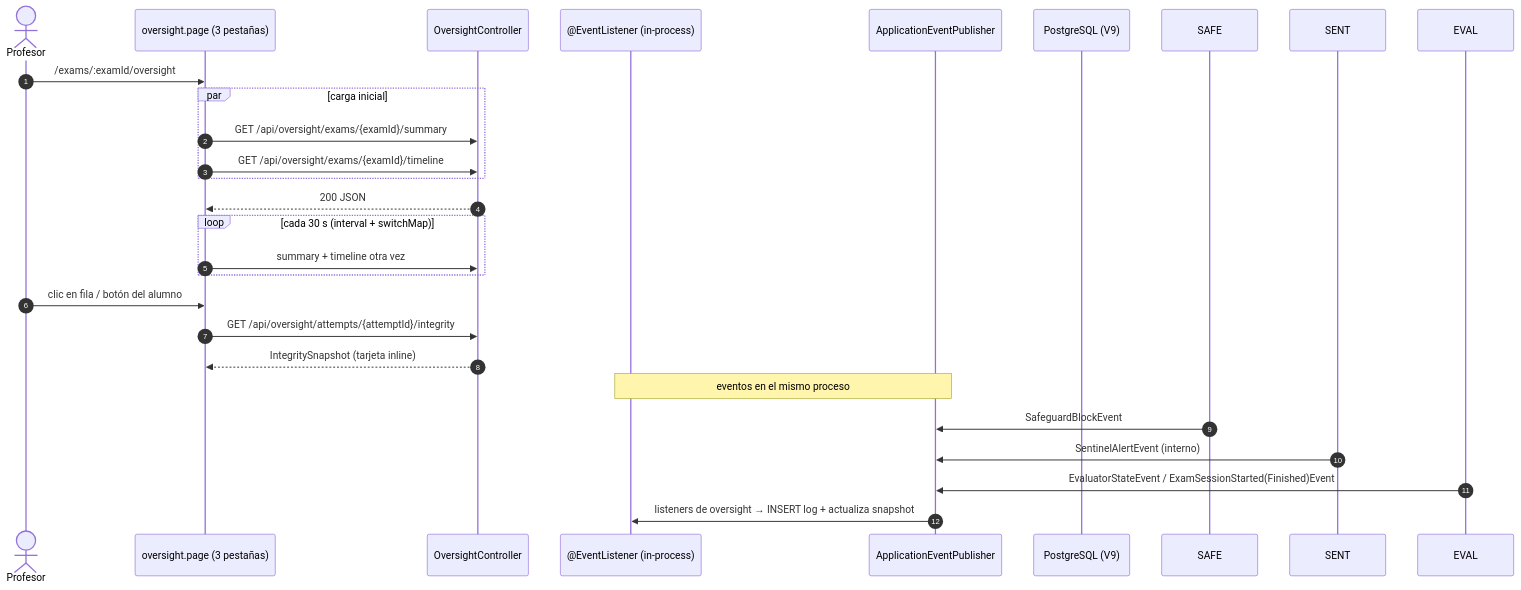
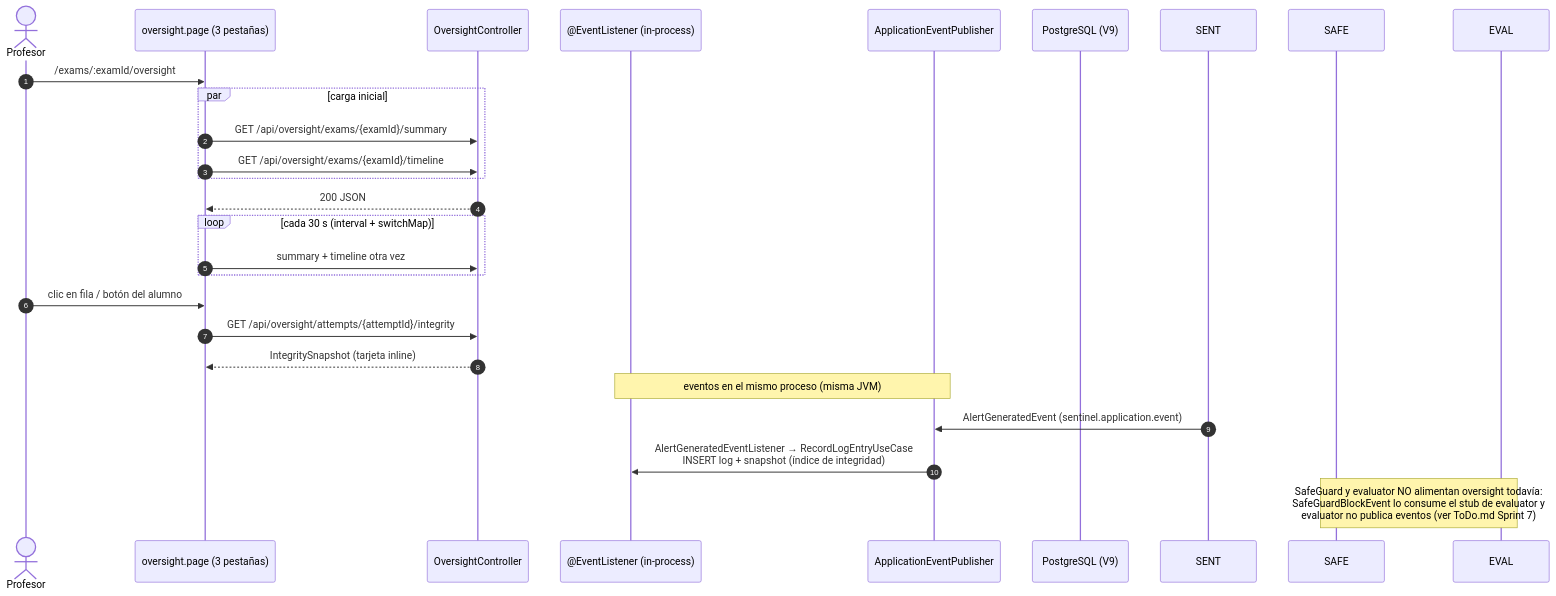
The seventh of 11 diagrams in FLOW.md (Cesar-Plyed/cidem-project), drawn with Mermaid before and after one commit. The commit also changed other lines of this file and 2 other files, not shown here.

````diff
--- a/FLOW.md
+++ b/FLOW.md
@@ -306,29 +308,28 @@
 ```mermaid
 sequenceDiagram
     autonumber
     actor T as Profesor
     participant FE as oversight.page (3 pestañas)
     participant API as OversightController
     participant L as @EventListener (in-process)
     participant BUS as ApplicationEventPublisher
     participant DB as PostgreSQL (V9)
 
     T->>FE: /exams/:examId/oversight
     par carga inicial
         FE->>API: GET /api/oversight/exams/{examId}/summary
         FE->>API: GET /api/oversight/exams/{examId}/timeline
     end
     API-->>FE: 200 JSON
     loop cada 30 s (interval + switchMap)
         FE->>API: summary + timeline otra vez
     end
     T->>FE: clic en fila / botón del alumno
     FE->>API: GET /api/oversight/attempts/{attemptId}/integrity
     API-->>FE: IntegritySnapshot (tarjeta inline)
 
-    Note over BUS,L: eventos en el mismo proceso
-    SAFE->>BUS: SafeguardBlockEvent
-    SENT->>BUS: SentinelAlertEvent (interno)
-    EVAL->>BUS: EvaluatorStateEvent / ExamSessionStarted(Finished)Event
-    BUS->>L: listeners de oversight → INSERT log + actualiza snapshot
+    Note over BUS,L: eventos en el mismo proceso (misma JVM)
+    SENT->>BUS: AlertGeneratedEvent (sentinel.application.event)
+    BUS->>L: AlertGeneratedEventListener → RecordLogEntryUseCase<br/>INSERT log + snapshot (índice de integridad)
+    Note over SAFE,EVAL: SafeGuard y evaluator NO alimentan oversight todavía:<br/>SafeGuardBlockEvent lo consume el stub de evaluator y<br/>evaluator no publica eventos (ver ToDo.md Sprint 7)
 ```
````
